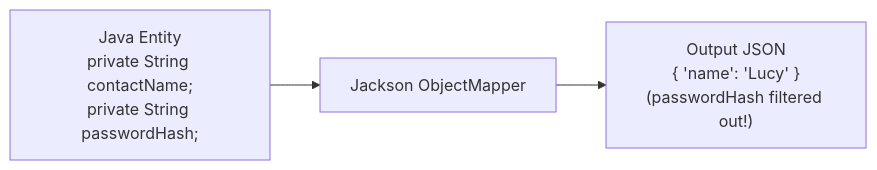
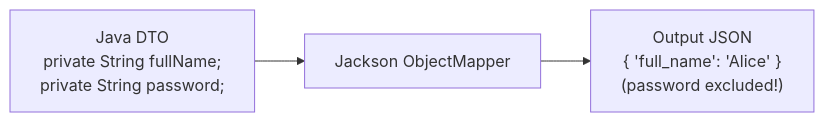
The third of 10 diagrams in 06-Java-and-Spring-Boot/05-Spring-REST-Microservices-and-Production.md (rohithgowda18/Notes), drawn with Mermaid before and after one commit. The commit also changed other lines of this file and 13 other files, not shown here.

Commit message:
docs: upgrade Spring Boot study guides to Spring Boot 3+, Spring 6, Security 6, Jakarta, and add architecture diagrams

````diff
--- a/06-Java-and-Spring-Boot/05-Spring-REST-Microservices-and-Production.md
+++ b/06-Java-and-Spring-Boot/05-Spring-REST-Microservices-and-Production.md
@@ -74,5 +190,5 @@
 ```mermaid
 flowchart LR
-    POJO["Java Entity<br>private String contactName;<br>private String passwordHash;"] --> Jackson["Jackson ObjectMapper"]
-    Jackson --> JSON["Output JSON<br>{ 'name': 'Lucy' }<br>(passwordHash filtered out!)"]
+    POJO["Java DTO<br>private String fullName;<br>private String password;"] --> Jackson["Jackson ObjectMapper"]
+    Jackson --> JSON["Output JSON<br>{ 'full_name': 'Alice' }<br>(password excluded!)"]
 ```
````
